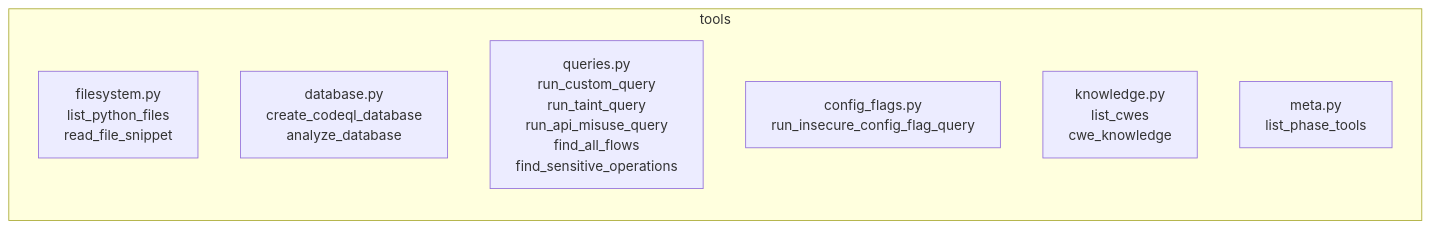
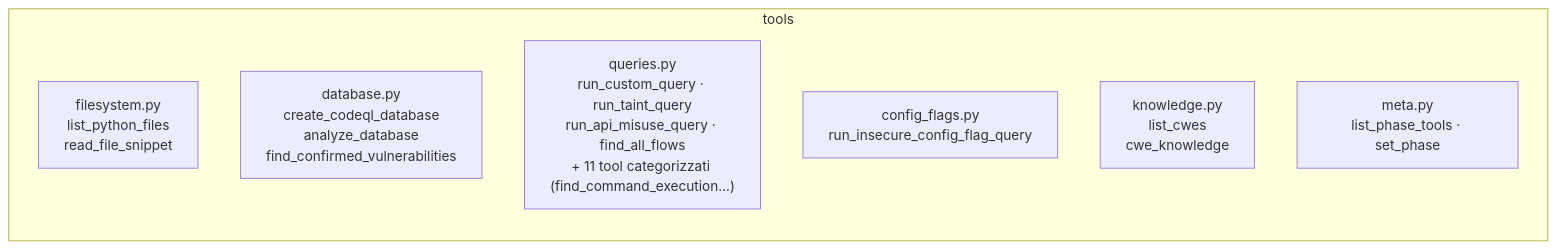
The fifth of 29 diagrams in documentazione/Server_MCP_Architettura.md (iris-cmd22/Sibyl), drawn with Mermaid before and after one commit. The commit also changed other lines of this file and 49 other files, not shown here.

````diff
--- a/documentazione/Server_MCP_Architettura.md
+++ b/documentazione/Server_MCP_Architettura.md
@@ -265,11 +265,11 @@
 ```mermaid
 flowchart LR
     subgraph tools
         FS["filesystem.py<br/>list_python_files<br/>read_file_snippet"]
-        DB["database.py<br/>create_codeql_database<br/>analyze_database"]
-        QR["queries.py<br/>run_custom_query<br/>run_taint_query<br/>run_api_misuse_query<br/>find_all_flows<br/>find_sensitive_operations"]
+        DB["database.py<br/>create_codeql_database<br/>analyze_database<br/>find_confirmed_vulnerabilities"]
+        QR["queries.py<br/>run_custom_query · run_taint_query<br/>run_api_misuse_query · find_all_flows<br/>+ 11 tool categorizzati (find_command_execution...)"]
         CF["config_flags.py<br/>run_insecure_config_flag_query"]
         KW["knowledge.py<br/>list_cwes<br/>cwe_knowledge"]
-        MT["meta.py<br/>list_phase_tools"]
+        MT["meta.py<br/>list_phase_tools · set_phase"]
     end
 ```
````
